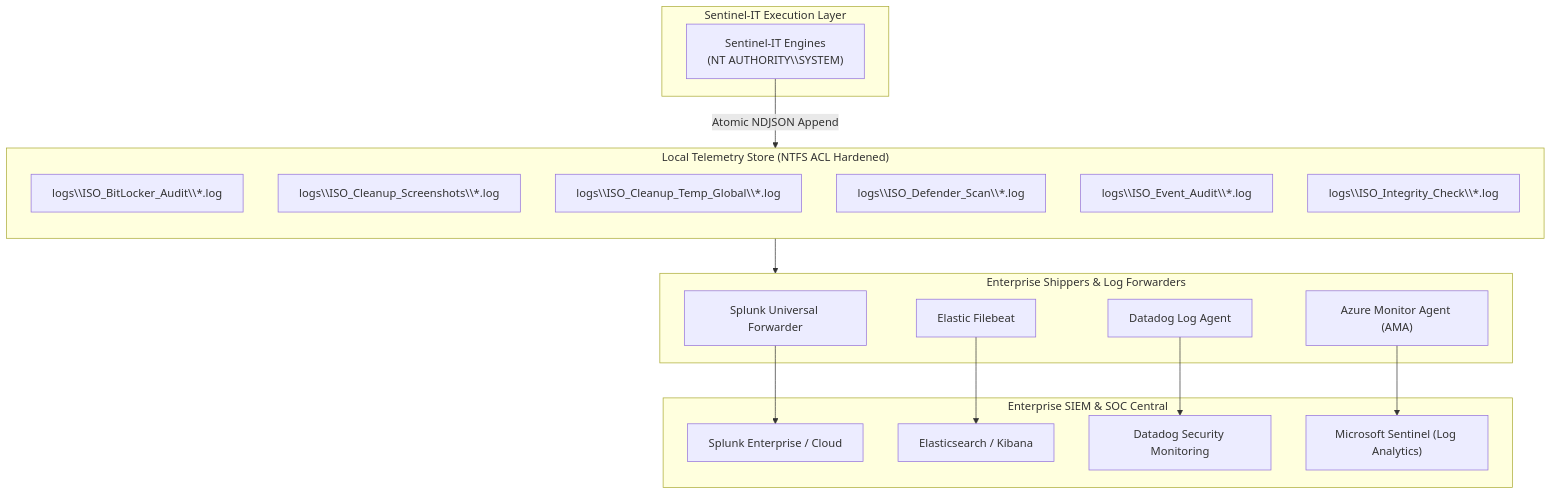
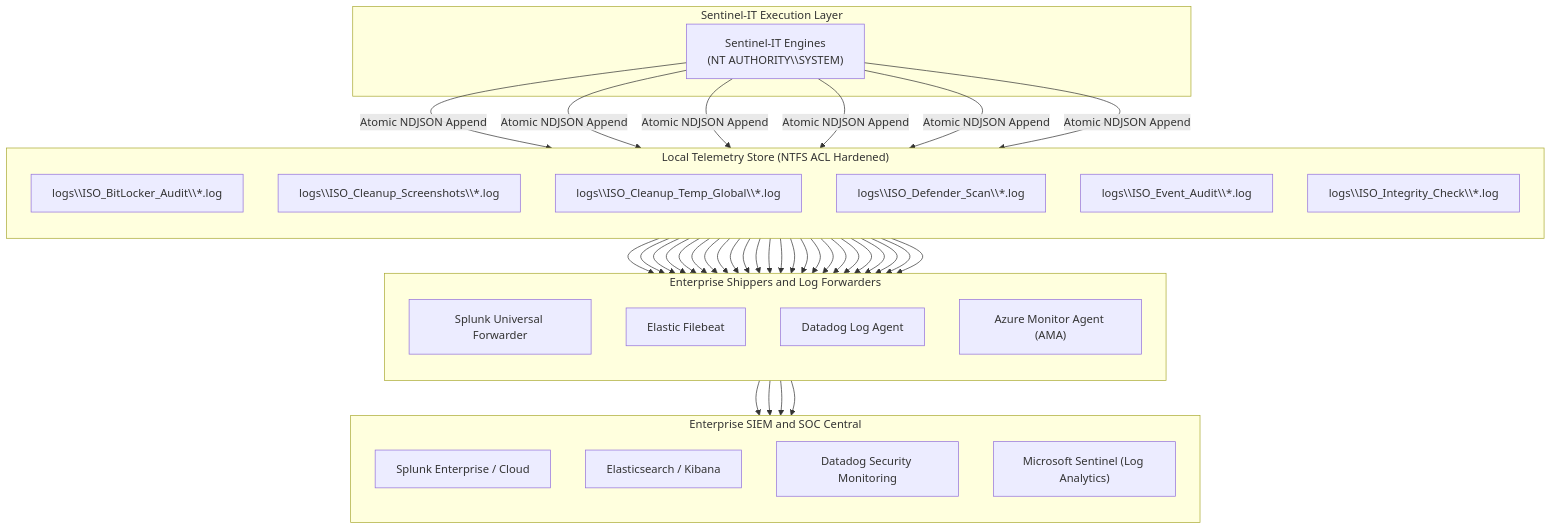
Before and after one commit to isora-cloud-group/Isora-Sentinel: the diagram in docs/SIEM_INTEGRATION.md, drawn with Mermaid. The commit also changed 2 other files, not shown here.

Commit message:
docs: add SIEM integration and architecture documentation alongside README updates

````diff
--- a/docs/SIEM_INTEGRATION.md
+++ b/docs/SIEM_INTEGRATION.md
@@ -18,37 +18,39 @@
 ```mermaid
 flowchart TD
     subgraph SentinelIT["Sentinel-IT Execution Layer"]
         Engines["Sentinel-IT Engines\n(NT AUTHORITY\\SYSTEM)"]
     end
 
     subgraph LocalForensicStore["Local Telemetry Store (NTFS ACL Hardened)"]
         direction TB
         LogBitLocker["logs\\ISO_BitLocker_Audit\\*.log"]
         LogScreenshots["logs\\ISO_Cleanup_Screenshots\\*.log"]
         LogTemp["logs\\ISO_Cleanup_Temp_Global\\*.log"]
         LogDefender["logs\\ISO_Defender_Scan\\*.log"]
         LogEvents["logs\\ISO_Event_Audit\\*.log"]
         LogIntegrity["logs\\ISO_Integrity_Check\\*.log"]
     end
 
-    subgraph ForwarderLayer["Enterprise Shippers & Log Forwarders"]
+    subgraph ForwarderLayer["Enterprise Shippers and Log Forwarders"]
+        direction TB
         SplunkShipper["Splunk Universal Forwarder"]
         ElasticShipper["Elastic Filebeat"]
         DatadogShipper["Datadog Log Agent"]
         AzureShipper["Azure Monitor Agent (AMA)"]
     end
 
-    subgraph CentralSIEM["Enterprise SIEM & SOC Central"]
+    subgraph CentralSIEM["Enterprise SIEM and SOC Central"]
+        direction TB
         SplunkCloud["Splunk Enterprise / Cloud"]
         ElasticCloud["Elasticsearch / Kibana"]
         DatadogCloud["Datadog Security Monitoring"]
         SentinelCloud["Microsoft Sentinel (Log Analytics)"]
     end
 
-    Engines -->|Atomic NDJSON Append| LocalForensicStore
-    LocalForensicStore --> ForwarderLayer
+    Engines -->|Atomic NDJSON Append| LogBitLocker & LogScreenshots & LogTemp & LogDefender & LogEvents & LogIntegrity
+    LogBitLocker & LogScreenshots & LogTemp & LogDefender & LogEvents & LogIntegrity --> SplunkShipper & ElasticShipper & DatadogShipper & AzureShipper
     SplunkShipper --> SplunkCloud
     ElasticShipper --> ElasticCloud
     DatadogShipper --> DatadogCloud
     AzureShipper --> SentinelCloud
 ```
````
